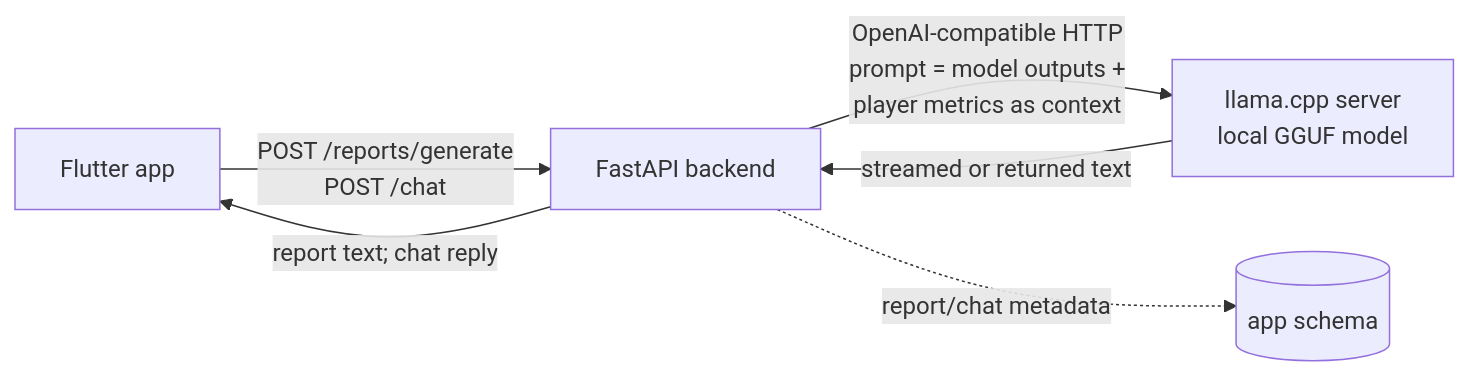
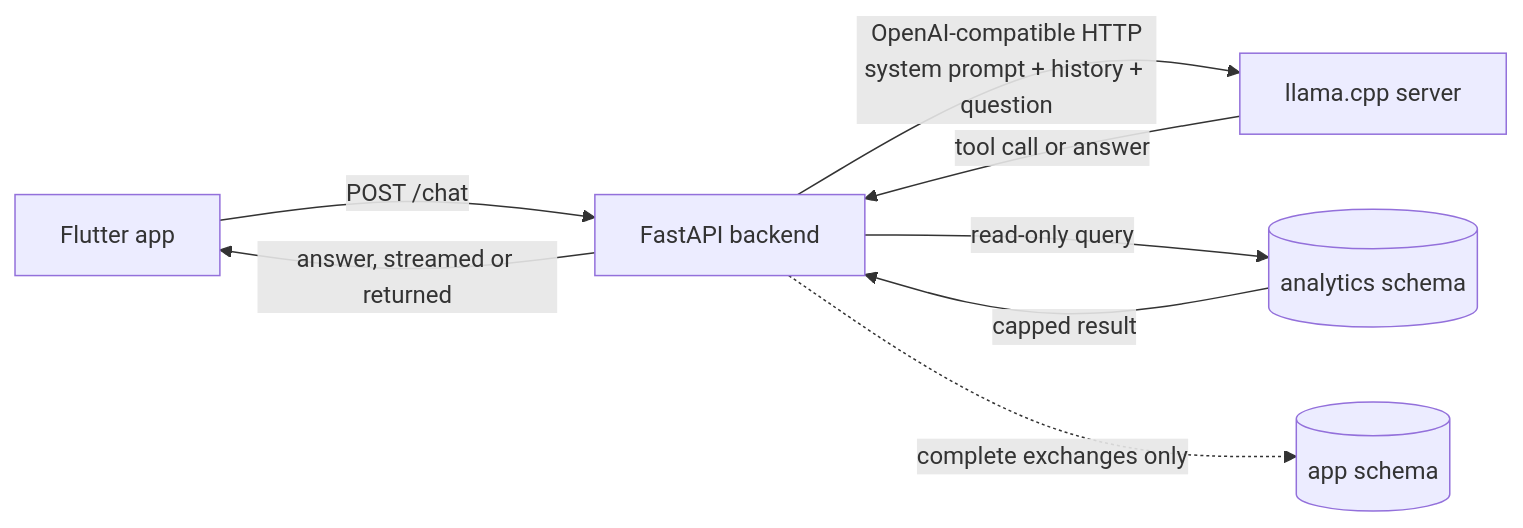
Before and after one commit to GustavoVaAsc/DelphosFootball: the fifth of 5 diagrams in docs/ARCHITECTURE.md, drawn with Mermaid. The commit also changed other lines of this file and 87 other files, not shown here.

First line of the commit message:
feat(backend): add grounded LLM scouting reports and data chat

````diff
--- a/docs/ARCHITECTURE.md
+++ b/docs/ARCHITECTURE.md
@@ -240,8 +284,10 @@
 ```mermaid
 flowchart LR
-    UI[Flutter app] -->|POST /reports/generate<br/>POST /chat| API[FastAPI backend]
-    API -->|OpenAI-compatible HTTP<br/>prompt = model outputs +<br/>player metrics as context| LLM[llama.cpp server<br/>local GGUF model]
-    LLM -->|streamed or returned text| API
-    API -->|report text; chat reply| UI
-    API -.->|report/chat metadata| APP[(app schema)]
+    UI[Flutter app] -->|POST /chat| API[FastAPI backend]
+    API -->|OpenAI-compatible HTTP<br/>system prompt + history + question| LLM[llama.cpp server]
+    LLM -->|tool call or answer| API
+    API -->|read-only query| AN[(analytics schema)]
+    AN -->|capped result| API
+    API -->|answer, streamed or returned| UI
+    API -.->|complete exchanges only| APP[(app schema)]
 ```
````
